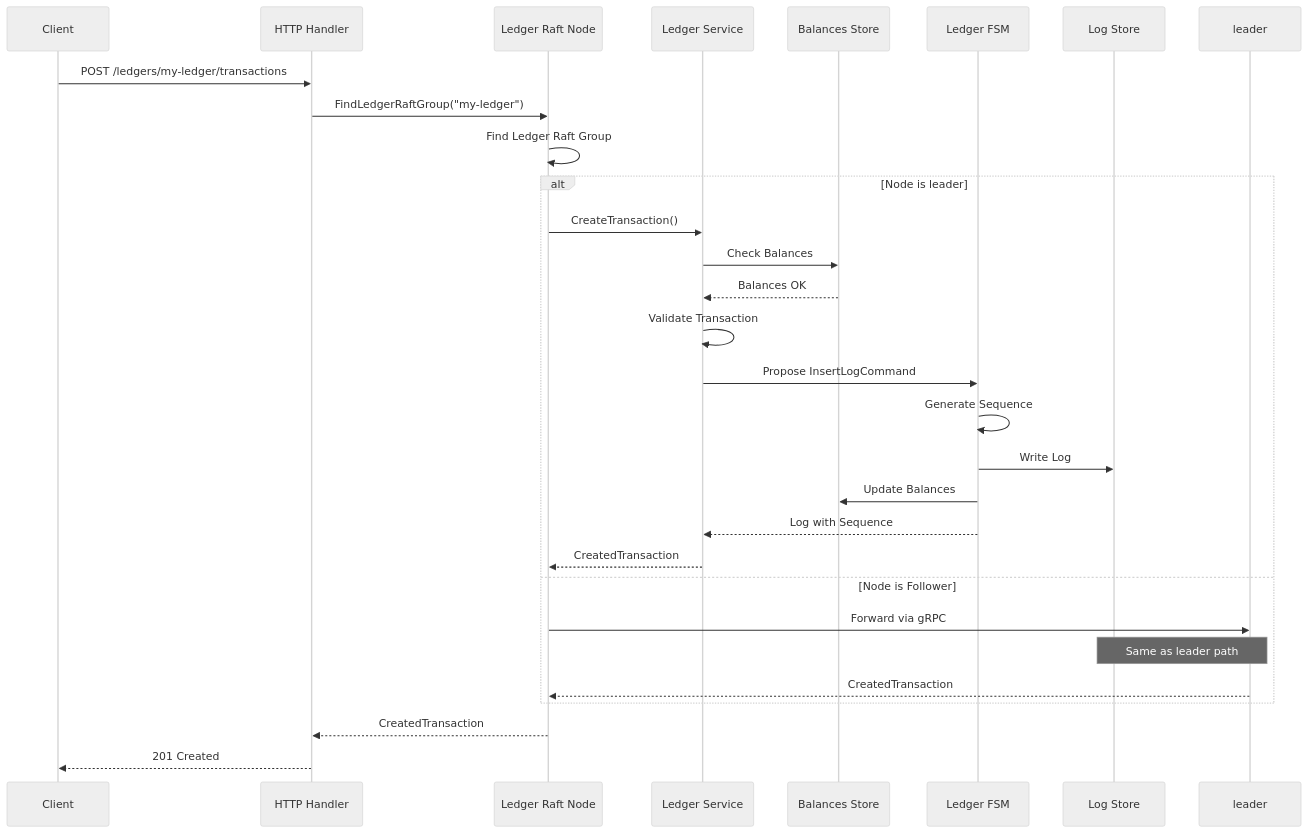
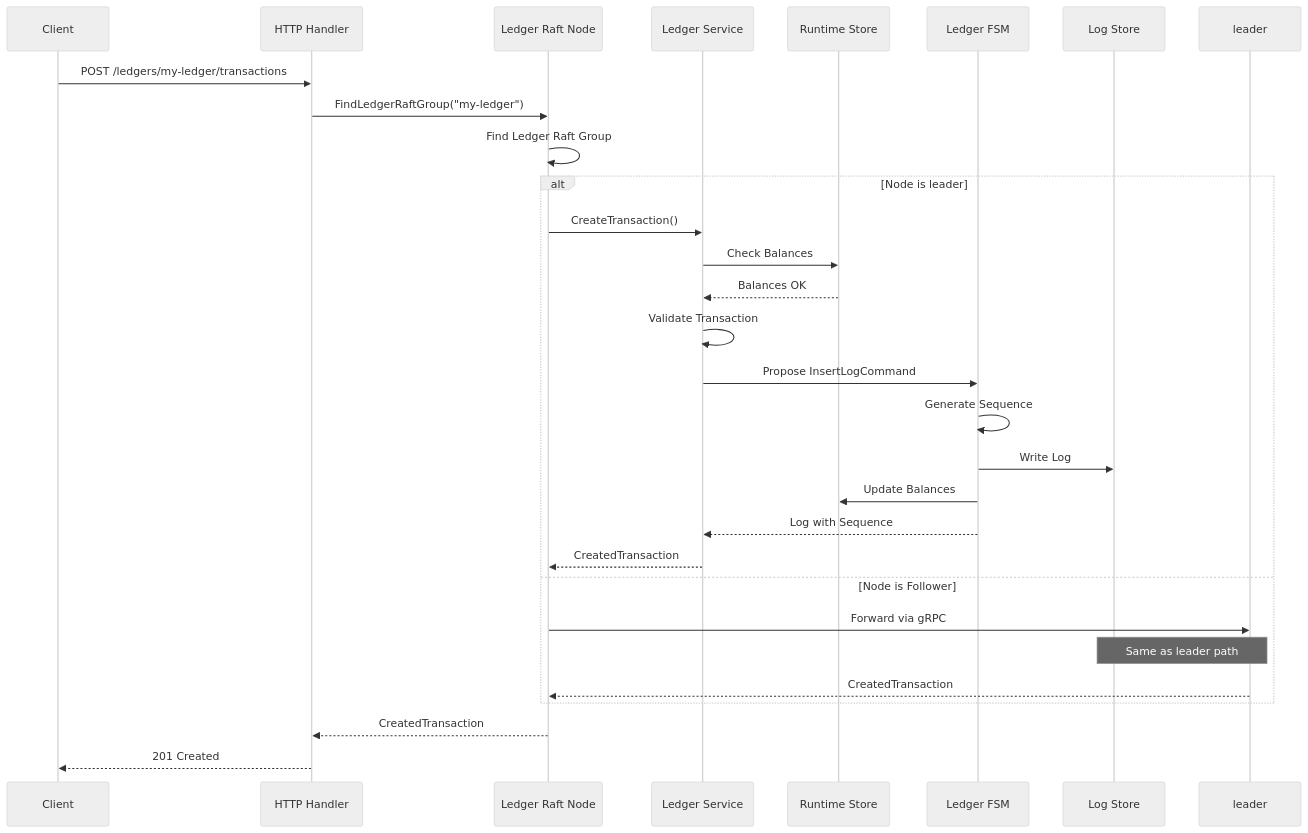
Before and after one commit to formancehq/ledger: the second of 7 diagrams in docs/data-flows.md, drawn with Mermaid (neutral theme). The commit also changed 5 other files, not shown here.

````diff
--- a/docs/data-flows.md
+++ b/docs/data-flows.md
@@ -87,34 +87,34 @@
 ```mermaid
 sequenceDiagram
     participant Client
     participant HTTP as HTTP Handler
     participant LedgerNode as Ledger Raft Node
     participant LedgerService as Ledger Service
-    participant BalancesStore as Balances Store
+    participant RuntimeStore as Runtime Store
     participant LedgerFSM as Ledger FSM
     participant logstore as Log Store
     
     Client->>HTTP: POST /ledgers/my-ledger/transactions
     HTTP->>LedgerNode: FindLedgerRaftGroup("my-ledger")
     LedgerNode->>LedgerNode: Find Ledger Raft Group
     
     alt Node is leader
         LedgerNode->>LedgerService: CreateTransaction()
-        LedgerService->>BalancesStore: Check Balances
-        BalancesStore-->>LedgerService: Balances OK
+        LedgerService->>RuntimeStore: Check Balances
+        RuntimeStore-->>LedgerService: Balances OK
         LedgerService->>LedgerService: Validate Transaction
         LedgerService->>LedgerFSM: Propose InsertLogCommand
         LedgerFSM->>LedgerFSM: Generate Sequence
         LedgerFSM->>logstore: Write Log
-        LedgerFSM->>BalancesStore: Update Balances
+        LedgerFSM->>RuntimeStore: Update Balances
         LedgerFSM-->>LedgerService: Log with Sequence
         LedgerService-->>LedgerNode: CreatedTransaction
     else Node is Follower
         LedgerNode->>leader: Forward via gRPC
         Note over leader,logstore: Same as leader path
         leader-->>LedgerNode: CreatedTransaction
     end
     
     LedgerNode-->>HTTP: CreatedTransaction
     HTTP-->>Client: 201 Created
 ```
````
